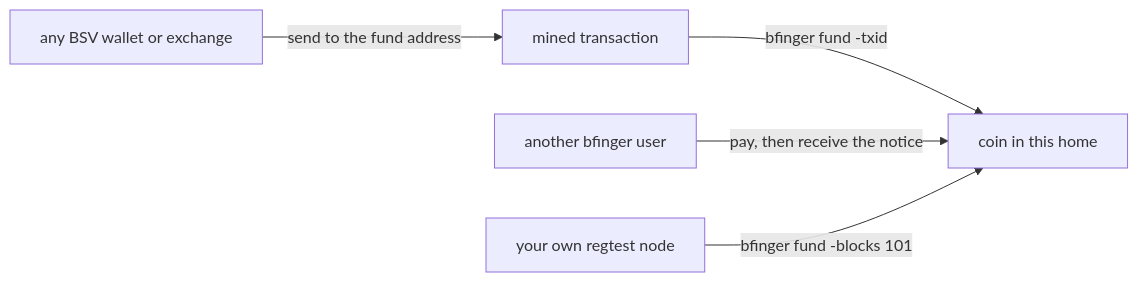
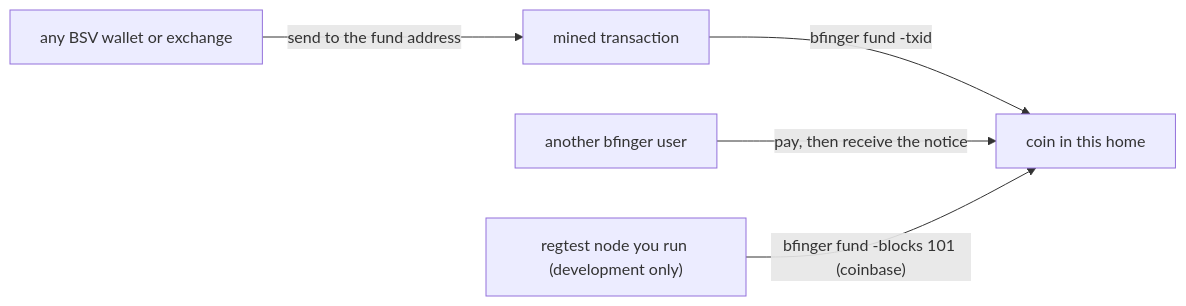
One commit to lightwebinc/bfinger changed the fifth of 5 diagrams in docs/user-guide.md. Above: the diagram before and after it, drawn with Mermaid. The commit also changed other lines of this file and 12 other files, not shown here.

````diff
--- a/docs/user-guide.md
+++ b/docs/user-guide.md
@@ -427,7 +456,7 @@
 ```mermaid
 flowchart LR
   W["any BSV wallet or exchange"] -->|"send to the fund address"| T["mined transaction"]
   T -->|"bfinger fund -txid"| H["coin in this home"]
   P["another bfinger user"] -->|"pay, then receive the notice"| H
-  N["your own regtest node"] -->|"bfinger fund -blocks 101"| H
+  N["regtest node you run (development only)"] -->|"bfinger fund -blocks 101 (coinbase)"| H
 ```
````
